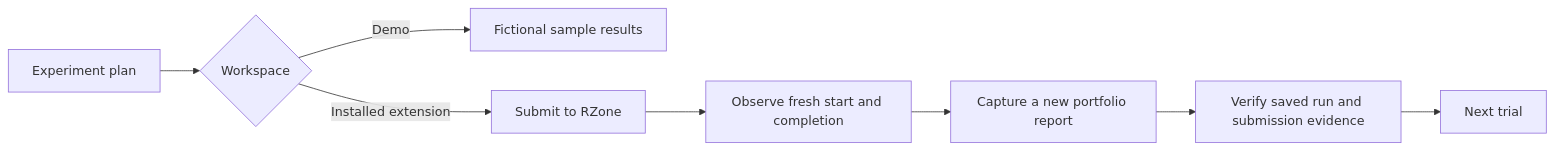
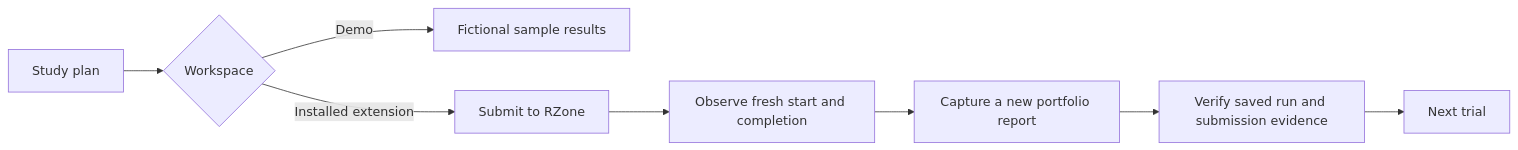
Before and after one commit to mamamiya7/backtest-vault: the sixth of 16 diagrams in README.md, drawn with Mermaid. The commit also changed other lines of this file and 18 other files, not shown here.

````diff
--- a/README.md
+++ b/README.md
@@ -124,10 +139,10 @@
 ```mermaid
 flowchart LR
-    A[Experiment plan] --> B{Workspace}
+    A[Study plan] --> B{Workspace}
     B -->|Demo| C[Fictional sample results]
     B -->|Installed extension| D[Submit to RZone]
     D --> E[Observe fresh start and completion]
     E --> F[Capture a new portfolio report]
     F --> G[Verify saved run and submission evidence]
     G --> H[Next trial]
 ```
````
